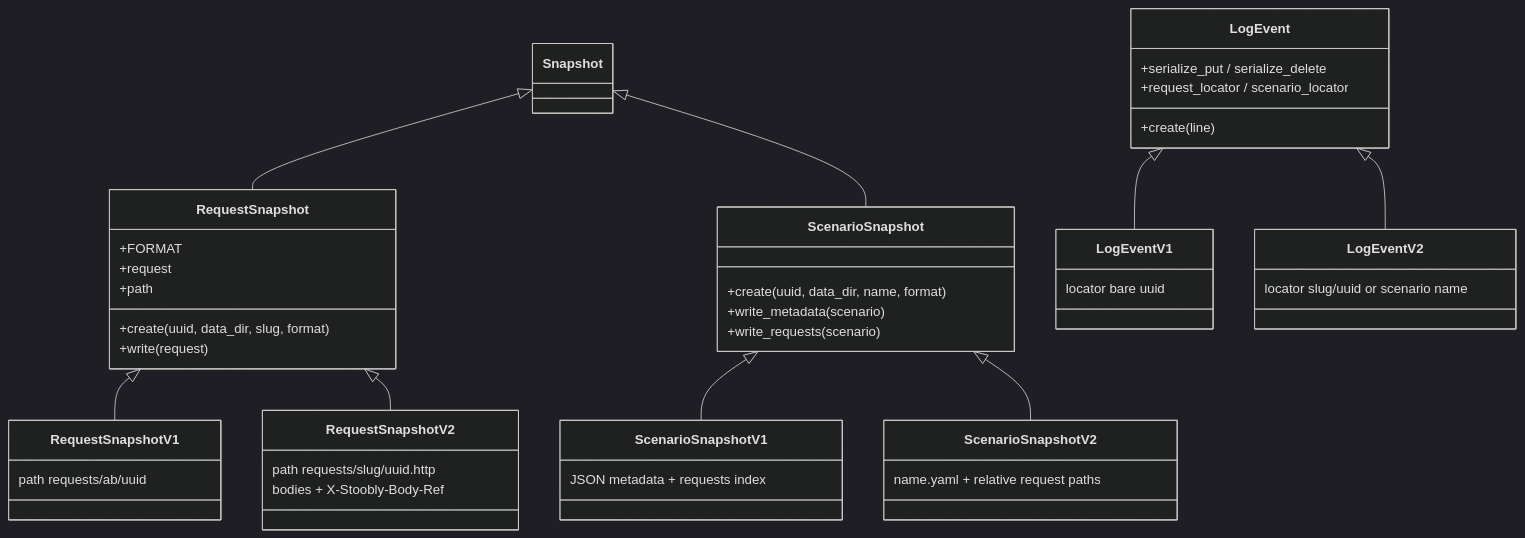
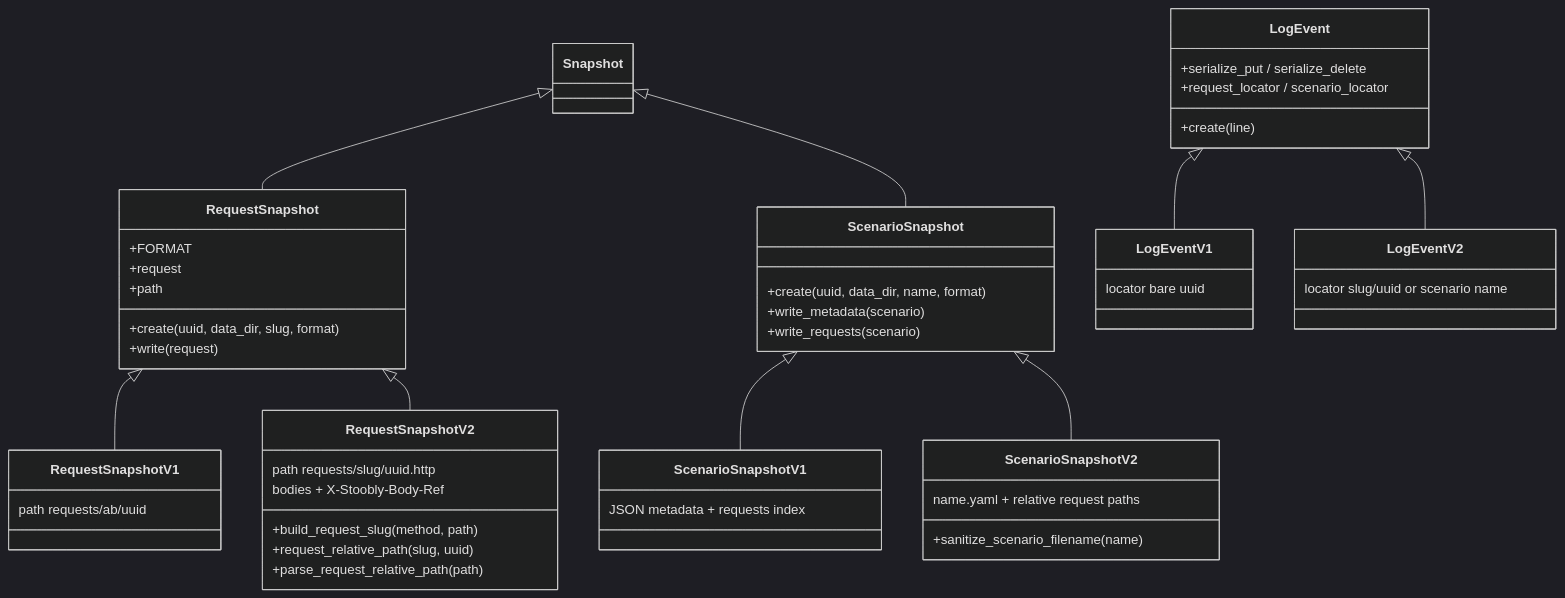
Before and after one commit to Stoobly/stoobly-agent: the second of 2 diagrams in docs/snapshot-create.md, drawn with Mermaid (dark theme). The commit also changed other lines of this file and 1 other file, not shown here.

````diff
--- a/docs/snapshot-create.md
+++ b/docs/snapshot-create.md
@@ -40,48 +40,52 @@
 ```mermaid
 classDiagram
   Snapshot <|-- RequestSnapshot
   RequestSnapshot <|-- RequestSnapshotV1
   RequestSnapshot <|-- RequestSnapshotV2
   Snapshot <|-- ScenarioSnapshot
   ScenarioSnapshot <|-- ScenarioSnapshotV1
   ScenarioSnapshot <|-- ScenarioSnapshotV2
   LogEvent <|-- LogEventV1
   LogEvent <|-- LogEventV2
 
   class RequestSnapshot {
     +create(uuid, data_dir, slug, format)
     +FORMAT
     +write(request)
     +request
     +path
   }
   class RequestSnapshotV1 {
     path requests/ab/uuid
   }
   class RequestSnapshotV2 {
+    +build_request_slug(method, path)
+    +request_relative_path(slug, uuid)
+    +parse_request_relative_path(path)
     path requests/slug/uuid.http
     bodies + X-Stoobly-Body-Ref
   }
   class ScenarioSnapshot {
     +create(uuid, data_dir, name, format)
     +write_metadata(scenario)
     +write_requests(scenario)
   }
   class ScenarioSnapshotV1 {
     JSON metadata + requests index
   }
   class ScenarioSnapshotV2 {
+    +sanitize_scenario_filename(name)
     name.yaml + relative request paths
   }
   class LogEvent {
     +create(line)
     +serialize_put / serialize_delete
     +request_locator / scenario_locator
   }
   class LogEventV1 {
     locator bare uuid
   }
   class LogEventV2 {
     locator slug/uuid or scenario name
   }
 ```
````
